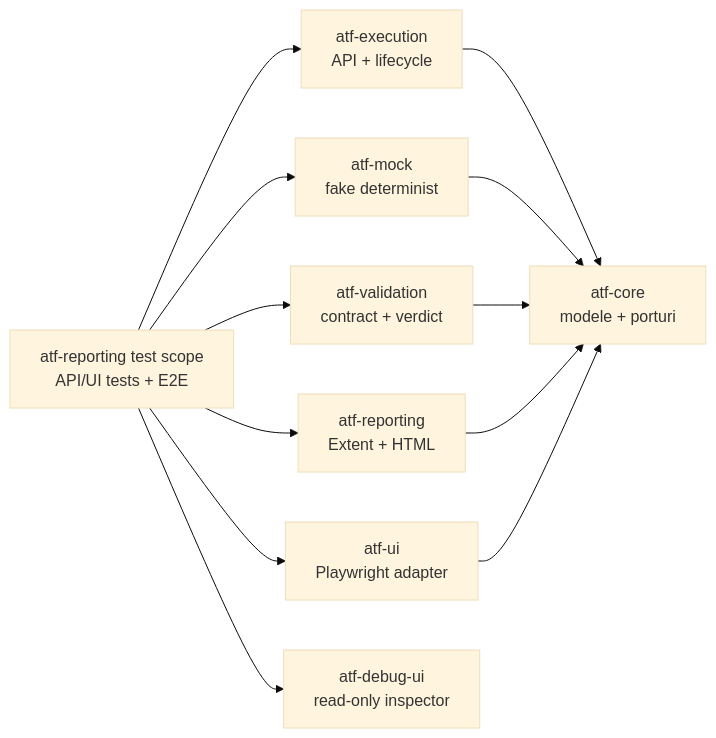
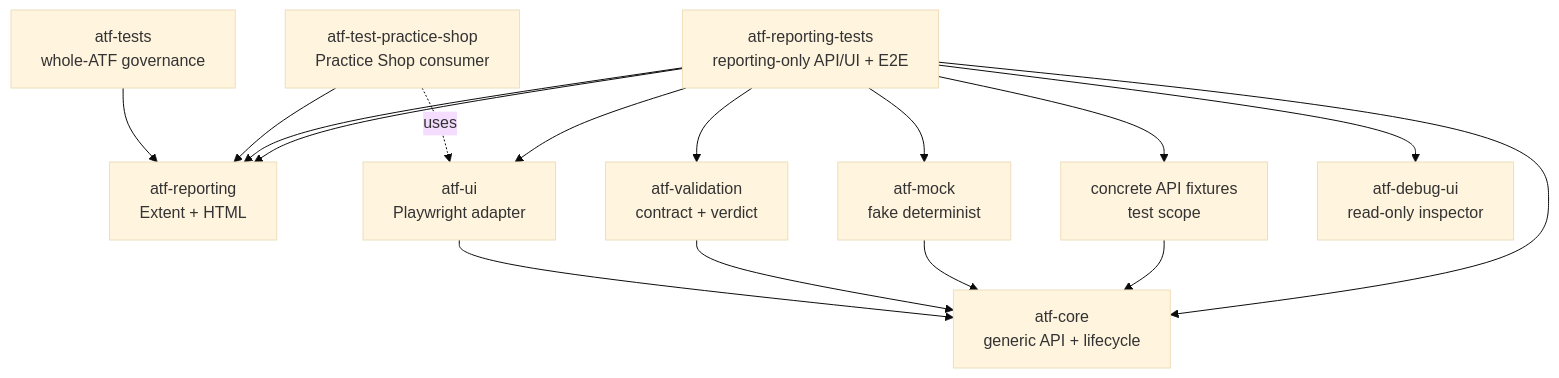
The second of 2 diagrams in docs/README.md (crististefanita/demo2), drawn with Mermaid (base theme) before and after one commit. The commit also changed other lines of this file and 894 other files, not shown here.

````diff
--- a/docs/README.md
+++ b/docs/README.md
@@ -59,14 +83,18 @@
 ```mermaid
-flowchart LR
-    ReportingTests[atf-reporting test scope<br/>API/UI tests + E2E] --> Execution[atf-execution<br/>API + lifecycle]
+flowchart TB
+    ReportingTests[atf-reporting-tests<br/>reporting-only API/UI + E2E] --> Reporting[atf-reporting<br/>standalone renderer]
+    ReportingTests --> Core[atf-core<br/>generic API + lifecycle]
+    ReportingTests --> Fixtures[concrete API fixtures<br/>test scope]
+    Fixtures --> Core
     ReportingTests --> Mock[atf-mock<br/>fake determinist]
     ReportingTests --> Validation[atf-validation<br/>contract + verdict]
     ReportingTests --> Reporting[atf-reporting<br/>Extent + HTML]
     ReportingTests --> Ui[atf-ui<br/>Playwright adapter]
     ReportingTests --> DebugUi[atf-debug-ui<br/>read-only inspector]
-    Execution --> Core[atf-core<br/>modele + porturi]
     Mock --> Core
     Validation --> Core
-    Reporting --> Core
     Ui --> Core
+    ShopTests[atf-test-practice-shop<br/>Practice Shop consumer] --> Reporting
+    ShopTests -. uses .-> Ui
+    AppTests[atf-tests<br/>whole-ATF governance] --> Reporting
 ```
````
